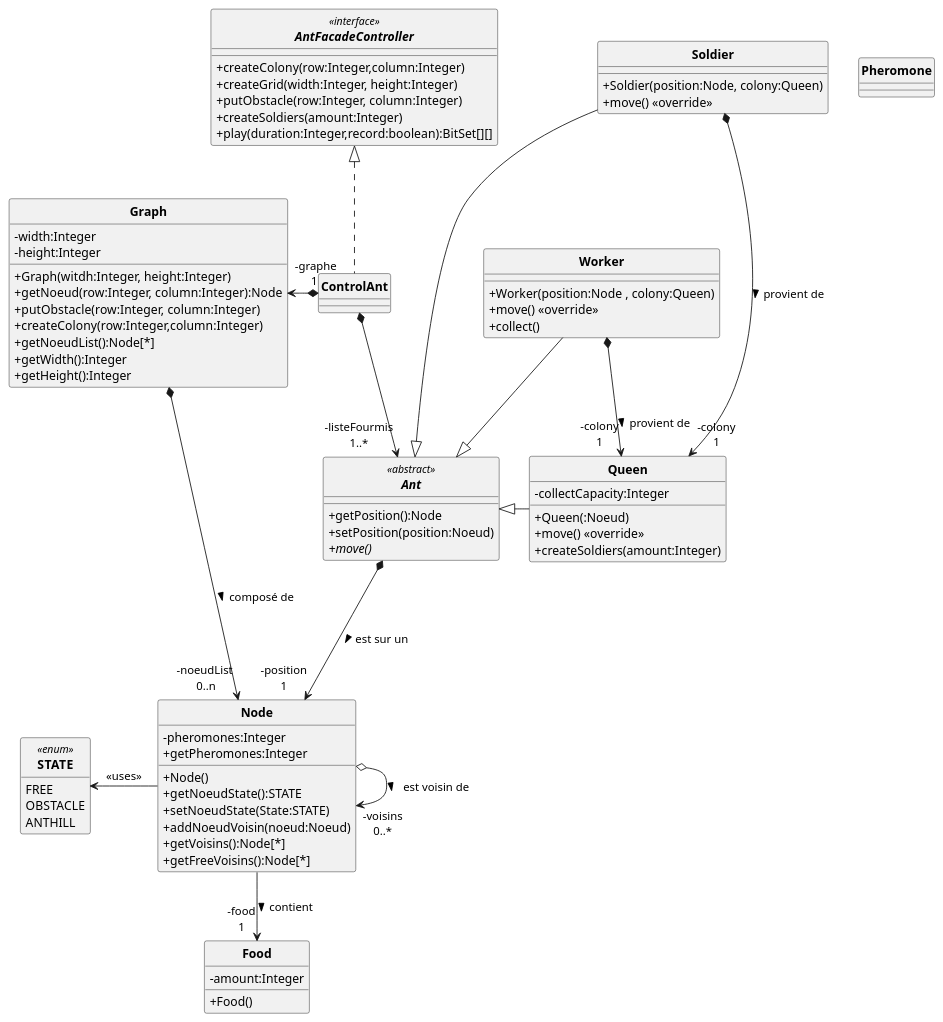
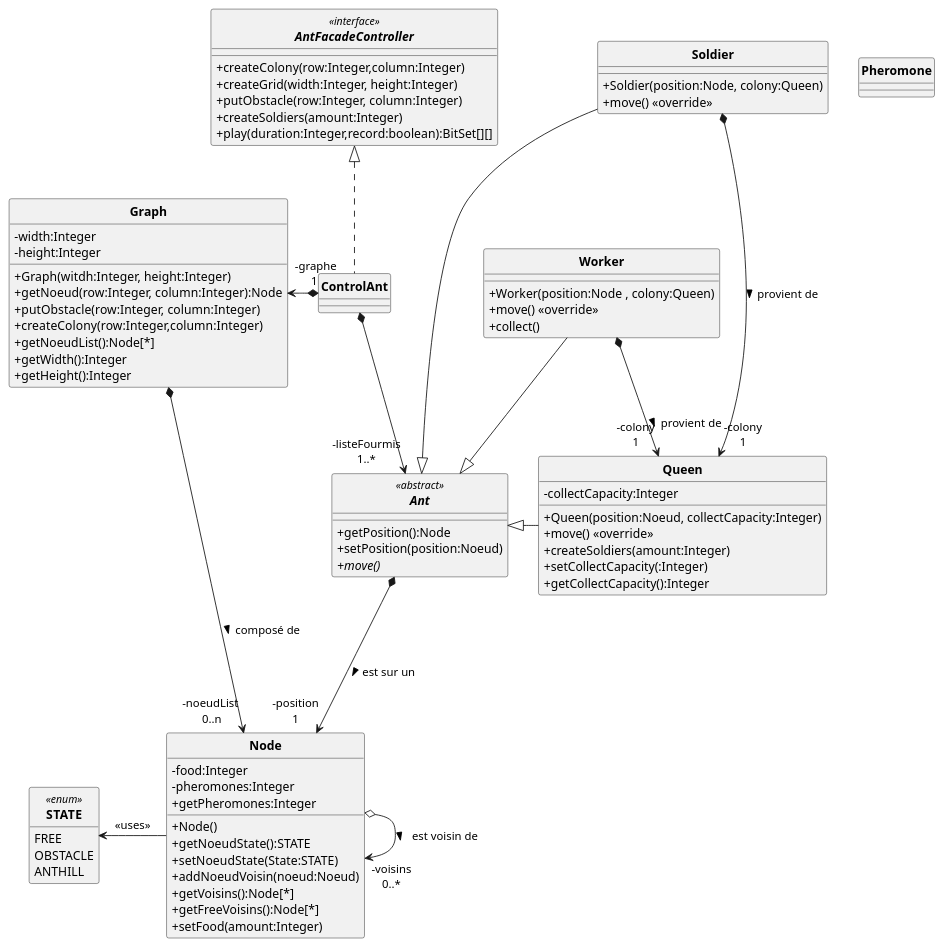
Before and after one commit to ErenMustafaGit/ColonieFourmis: the diagram in src/main/uml/Fourmis_DC.puml, drawn with PlantUML.

Commit message:
Fourmis_DC : Food et collectCapacity

```diff
--- a/src/main/uml/Fourmis_DC.puml
+++ b/src/main/uml/Fourmis_DC.puml
@@ -1,109 +1,112 @@
 @startuml
 'https://plantuml.com/sequence-diagram
 allow_mixing
 skinparam style strictuml
 skinparam classAttributeIconSize 0
 skinparam circledCharacterRadius 0
 skinparam circledCharacterFontSize 0
 skinparam classFontStyle Bold
 'autonumber
 hide enum methods
 
 'Controleur
 interface AntFacadeController <<interface>> {
     '+setParameters( evaporationParam:Integer, foodParam:Integer, pheromoneParam:Integer )
     +createColony(row:Integer,column:Integer)
     +createGrid(width:Integer, height:Integer)
     +putObstacle(row:Integer, column:Integer)
     '+putFood( row:Integer, column:Integer, quantity:Integer);
     '+createWorkers( amount:Integer )
     +createSoldiers(amount:Integer)
     '+setAntFile(antLogFile:String);
     +play(duration:Integer,record:boolean):BitSet[][]
 }
 
 class Node {
+    -food:Integer
     -pheromones:Integer
     +Node()
     +getNoeudState():STATE
     +setNoeudState(State:STATE)
     +addNoeudVoisin(noeud:Noeud)
     +getVoisins():Node[*]
     +getFreeVoisins():Node[*]
     +getPheromones:Integer
+    +setFood(amount:Integer)
 }
 enum STATE <<enum>> {
     FREE
     OBSTACLE
     ANTHILL
 }
 
-class Food{
-    -amount:Integer
-    +Food()
-}
+'class Food{
+'    -amount:Integer
+'    +Food()
+'}
 class Pheromone{
 }
 
 
 abstract Ant <<abstract>> {
     +getPosition():Node
     +setPosition(position:Noeud)
     {abstract} +move()
 }
 class Queen{
     -collectCapacity:Integer
-    +Queen(:Noeud)
+    +Queen(position:Noeud, collectCapacity:Integer)
     +move() <<override>>
     +createSoldiers(amount:Integer)
-
+    +setCollectCapacity(:Integer)
+    +getCollectCapacity():Integer
 }
 class Soldier{
     +Soldier(position:Node, colony:Queen)
     +move() <<override>>
 }
 
 class Worker {
     +Worker(position:Node , colony:Queen)
     +move() <<override>>
     +collect()
 }
 
 
 class ControlAnt implements AntFacadeController{
 }
 
 
 class Graph{
  -width:Integer
  -height:Integer
  +Graph(witdh:Integer, height:Integer)
  +getNoeud(row:Integer, column:Integer):Node
  +putObstacle(row:Integer, column:Integer)
  +createColony(row:Integer,column:Integer)
  +getNoeudList():Node[*]
  +getWidth():Integer
  +getHeight():Integer
 }
 
 
 Soldier --|> Ant
 Queen -l-|> Ant
 Worker --|> Ant
 
 ControlAnt "-graphe\n1 " *-l-> Graph
 ControlAnt  *--> "-listeFourmis\n1..*" Ant
 
 Graph *-r-> "-noeudList \n0..n" Node : composé de >
 'historique = liste de noeud déjà passé par la fourmi
 '"-position 1\n-historique 0..*"
 Ant *---> "-position\n1" Node  : est sur un >
 Node o-> "-voisins\n0..*"  Node  : est voisin de >
 
 Node -l-> STATE : <<uses>>
-Node --> "-food\n1" Food : contient >
+'Node --> "-food\n1" Food : contient >
 
 Soldier *---> "-colony\n1" Queen : provient de >
 Worker *--> "-colony\n1" Queen : provient de >
 
 @enduml
```
